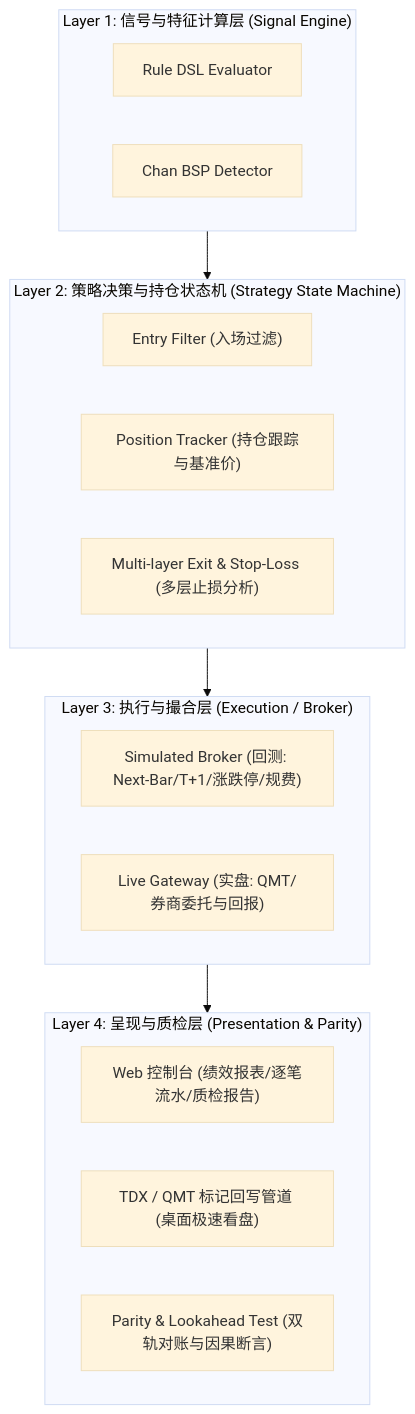
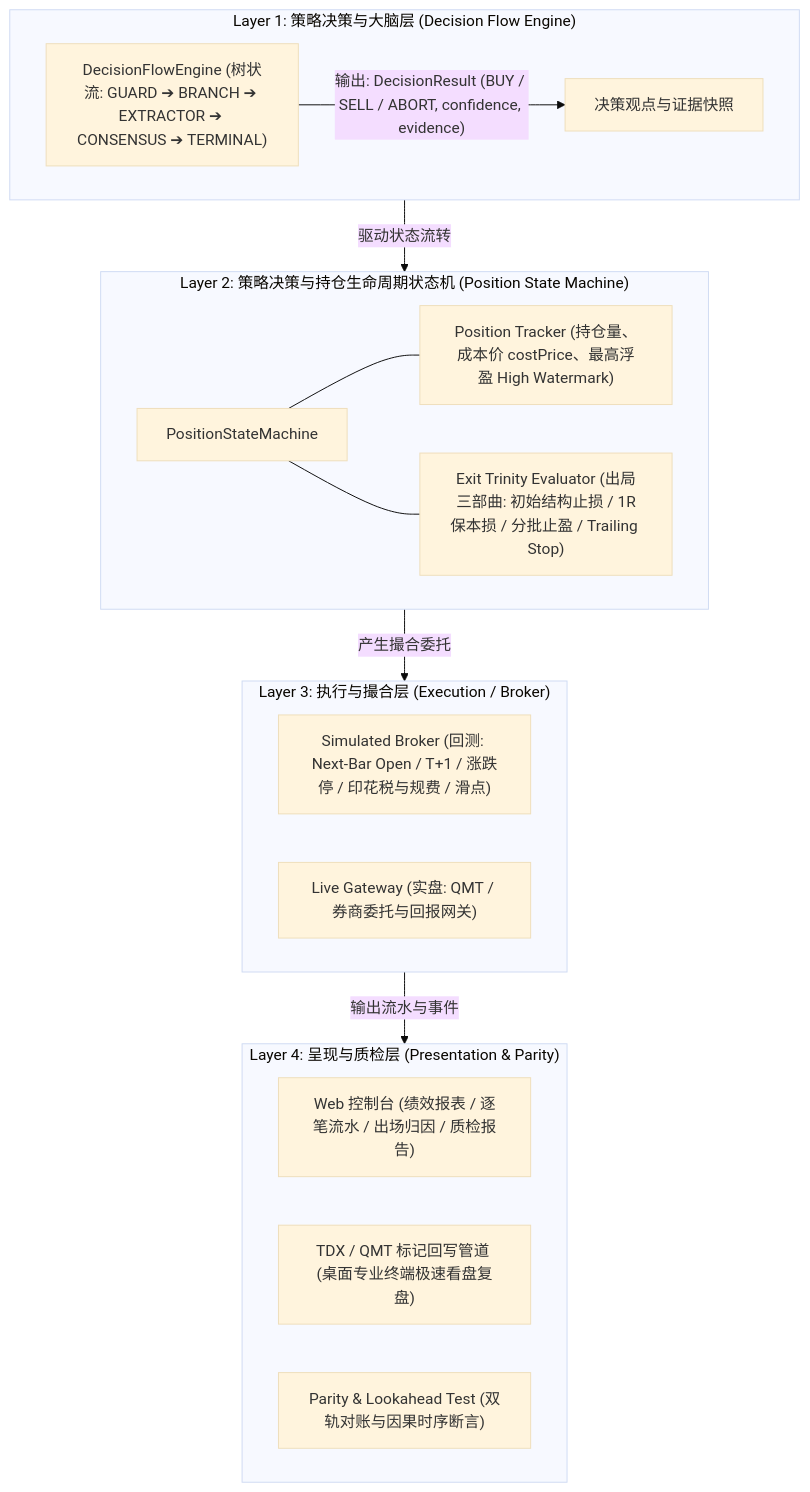
Before and after one commit to mist-trade/mist: the first of 4 diagrams in openspec/changes/upgrade-backtest-decision-and-parity-engine/design.md, drawn with Mermaid (base theme). The commit also changed other lines of this file and 7 other files, not shown here.

Commit message:
docs(openspec): align pre-market hydration with polars and backtest parity engine

````diff
--- a/openspec/changes/upgrade-backtest-decision-and-parity-engine/design.md
+++ b/openspec/changes/upgrade-backtest-decision-and-parity-engine/design.md
@@ -5,28 +5,30 @@
 ```mermaid
 graph TD
-    subgraph L1["Layer 1: 信号与特征计算层 (Signal Engine)"]
-        S1["Rule DSL Evaluator"]
-        S2["Chan BSP Detector"]
+    subgraph L1["Layer 1: 策略决策与大脑层 (Decision Flow Engine)"]
+        DF["DecisionFlowEngine (树状流: GUARD ➔ BRANCH ➔ EXTRACTOR ➔ CONSENSUS ➔ TERMINAL)"]
+        DF -->|"输出: DecisionResult (BUY / SELL / ABORT, confidence, evidence)"| Out1["决策观点与证据快照"]
     end
 
-    subgraph L2["Layer 2: 策略决策与持仓状态机 (Strategy State Machine)"]
-        D1["Entry Filter (入场过滤)"]
-        D2["Position Tracker (持仓跟踪与基准价)"]
-        D3["Multi-layer Exit & Stop-Loss (多层止损分析)"]
+    subgraph L2["Layer 2: 策略决策与持仓生命周期状态机 (Position State Machine)"]
+        SM["PositionStateMachine"]
+        D1["Position Tracker (持仓量、成本价 costPrice、最高浮盈 High Watermark)"]
+        D2["Exit Trinity Evaluator (出局三部曲: 初始结构止损 / 1R保本损 / 分批止盈 / Trailing Stop)"]
+        SM --- D1
+        SM --- D2
     end
 
     subgraph L3["Layer 3: 执行与撮合层 (Execution / Broker)"]
-        E1["Simulated Broker (回测: Next-Bar/T+1/涨跌停/规费)"]
-        E2["Live Gateway (实盘: QMT/券商委托与回报)"]
+        E1["Simulated Broker (回测: Next-Bar Open / T+1 / 涨跌停 / 印花税与规费 / 滑点)"]
+        E2["Live Gateway (实盘: QMT / 券商委托与回报网关)"]
     end
 
     subgraph L4["Layer 4: 呈现与质检层 (Presentation & Parity)"]
-        P1["Web 控制台 (绩效报表/逐笔流水/质检报告)"]
-        P2["TDX / QMT 标记回写管道 (桌面极速看盘)"]
-        P3["Parity & Lookahead Test (双轨对账与因果断言)"]
+        P1["Web 控制台 (绩效报表 / 逐笔流水 / 出场归因 / 质检报告)"]
+        P2["TDX / QMT 标记回写管道 (桌面专业终端极速看盘复盘)"]
+        P3["Parity & Lookahead Test (双轨对账与因果时序断言)"]
     end
 
-    L1 --> L2
-    L2 --> L3
-    L3 --> L4
+    L1 -->|"驱动状态流转"| L2
+    L2 -->|"产生撮合委托"| L3
+    L3 -->|"输出流水与事件"| L4
 ```
````
